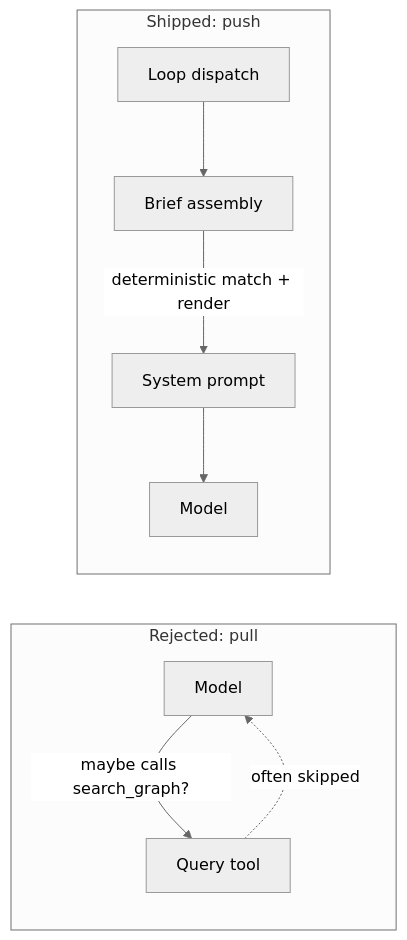
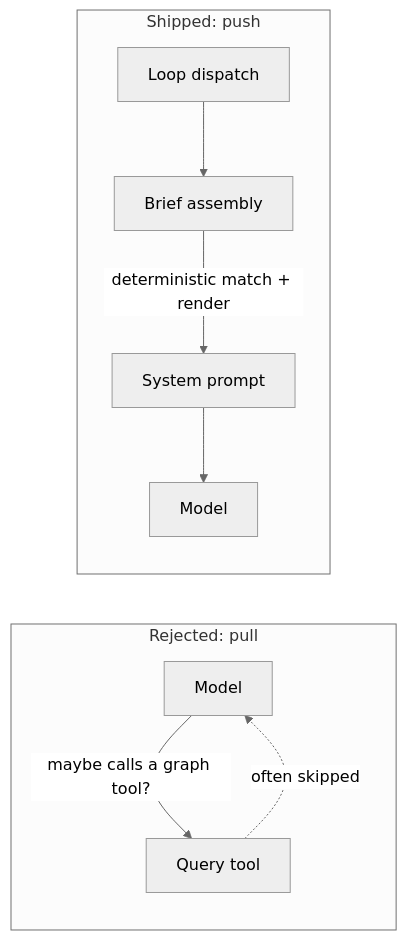
One commit to C360Studio/semstreams changed the first of 2 diagrams in docs/concepts/32-agent-memory.md. Above: the diagram before and after it, drawn with Mermaid (neutral theme). The commit also changed other lines of this file and 31 other files, not shown here.

Commit message:
refactor(agentic-tools): remove graph query wrappers

````diff
--- a/docs/concepts/32-agent-memory.md
+++ b/docs/concepts/32-agent-memory.md
@@ -17,13 +18,13 @@
 ```mermaid
 flowchart LR
     subgraph Rejected["Rejected: pull"]
-        M1[Model] -->|"maybe calls search_graph?"| Q1[Query tool]
+        M1[Model] -->|"maybe calls a graph tool?"| Q1[Query tool]
         Q1 -.->|often skipped| M1
     end
 
     subgraph Shipped["Shipped: push"]
         D[Loop dispatch] --> B[Brief assembly]
         B -->|deterministic match + render| P[System prompt]
         P --> M2[Model]
     end
 ```
````
